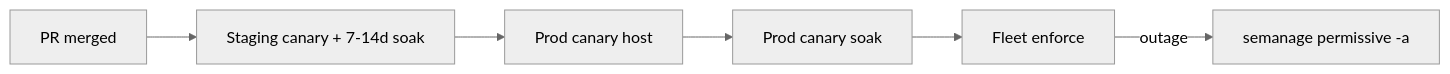
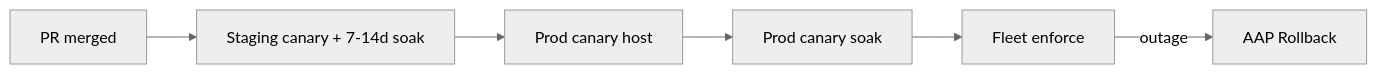
One commit to anurag-saran/selinux-demo changed the diagram in docs/admin/PRODUCTION_READINESS.md. Above: the diagram before and after it, drawn with Mermaid (neutral theme). The commit also changed other lines of this file and 36 other files, not shown here.

````diff
--- a/docs/admin/PRODUCTION_READINESS.md
+++ b/docs/admin/PRODUCTION_READINESS.md
@@ -56,8 +56,8 @@
 ```mermaid
 flowchart LR
   PR[PR merged] --> StagingSoak[Staging canary + 7-14d soak]
   StagingSoak --> ProdCanary[Prod canary host]
   ProdCanary --> ProdSoak[Prod canary soak]
   ProdSoak --> Enforce[Fleet enforce]
-  Enforce -->|outage| Rollback["semanage permissive -a"]
+  Enforce -->|outage| Rollback[AAP Rollback]
 ```
````
